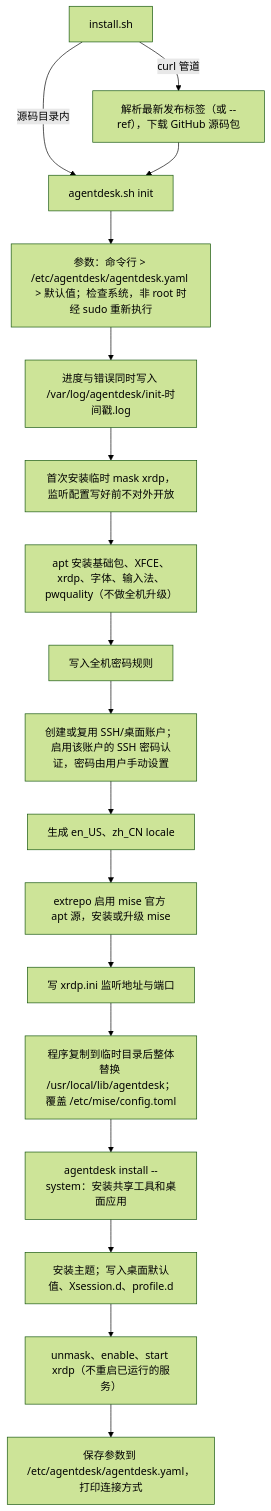
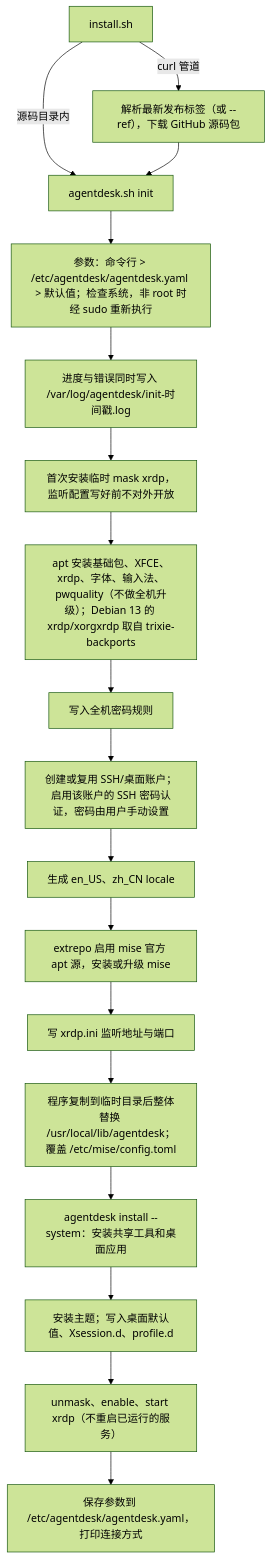
The diagram in docs/ARCHITECTURE.md (chinayin/agentdesk), drawn with Mermaid (forest theme) before and after one commit. The commit also changed other lines of this file and 13 other files, not shown here.

First line of the commit message:
feat: support Debian 13 and Ubuntu 26.10, prefer Debian 13 with backports xrdp

````diff
--- a/docs/ARCHITECTURE.md
+++ b/docs/ARCHITECTURE.md
@@ -27,19 +27,19 @@
 ```mermaid
 flowchart TD
     A["install.sh"] -->|源码目录内| C["agentdesk.sh init"]
     A -->|curl 管道| B["解析最新发布标签（或 --ref），下载 GitHub 源码包"] --> C
     C --> P["参数：命令行 > /etc/agentdesk/agentdesk.yaml > 默认值；检查系统，非 root 时经 sudo 重新执行"]
     P --> L["进度与错误同时写入 /var/log/agentdesk/init-时间戳.log"]
     L --> M["首次安装临时 mask xrdp，监听配置写好前不对外开放"]
-    M --> K["apt 安装基础包、XFCE、xrdp、字体、输入法、pwquality（不做全机升级）"]
+    M --> K["apt 安装基础包、XFCE、xrdp、字体、输入法、pwquality（不做全机升级）；Debian 13 的 xrdp/xorgxrdp 取自 trixie-backports"]
     K --> Q["写入全机密码规则"]
     Q --> U["创建或复用 SSH/桌面账户；启用该账户的 SSH 密码认证，密码由用户手动设置"]
     U --> G["生成 en_US、zh_CN locale"]
     G --> Z["extrepo 启用 mise 官方 apt 源，安装或升级 mise"]
     Z --> R["写 xrdp.ini 监听地址与端口"]
     R --> I["程序复制到临时目录后整体替换 /usr/local/lib/agentdesk；覆盖 /etc/mise/config.toml"]
     I --> S["agentdesk install --system：安装共享工具和桌面应用"]
     S --> D["安装主题；写入桌面默认值、Xsession.d、profile.d"]
     D --> E["unmask、enable、start xrdp（不重启已运行的服务）"]
     E --> W["保存参数到 /etc/agentdesk/agentdesk.yaml，打印连接方式"]
 ```
````
